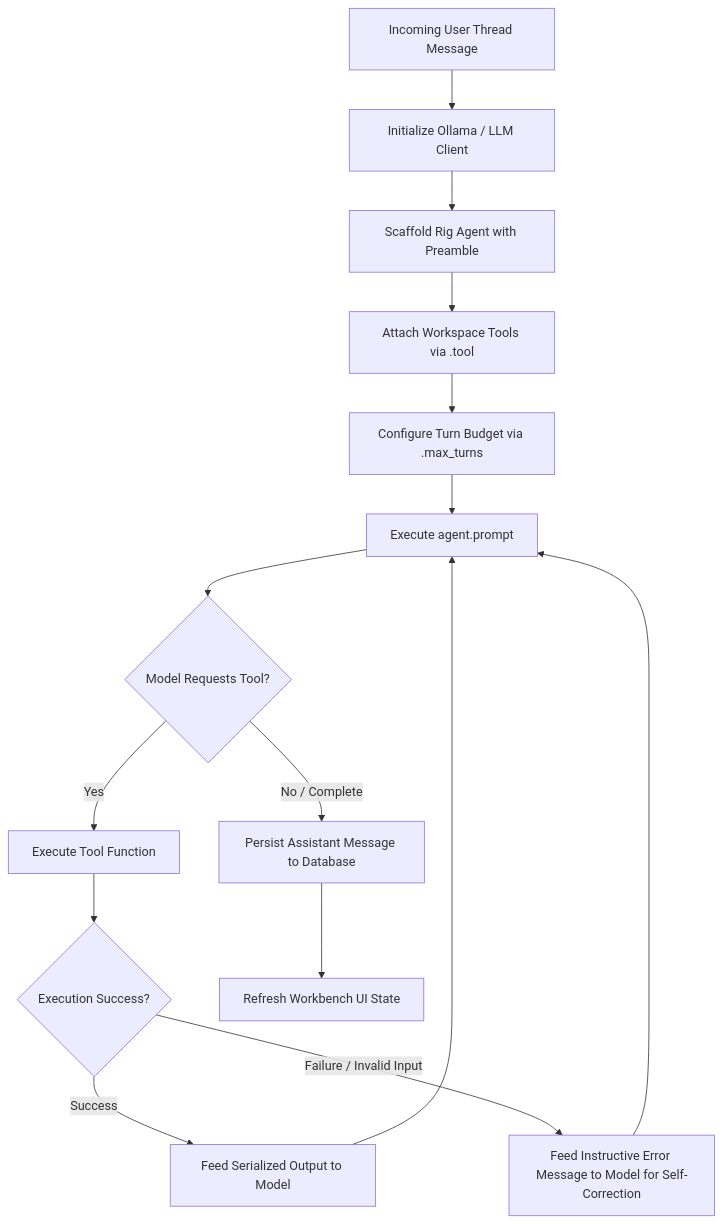
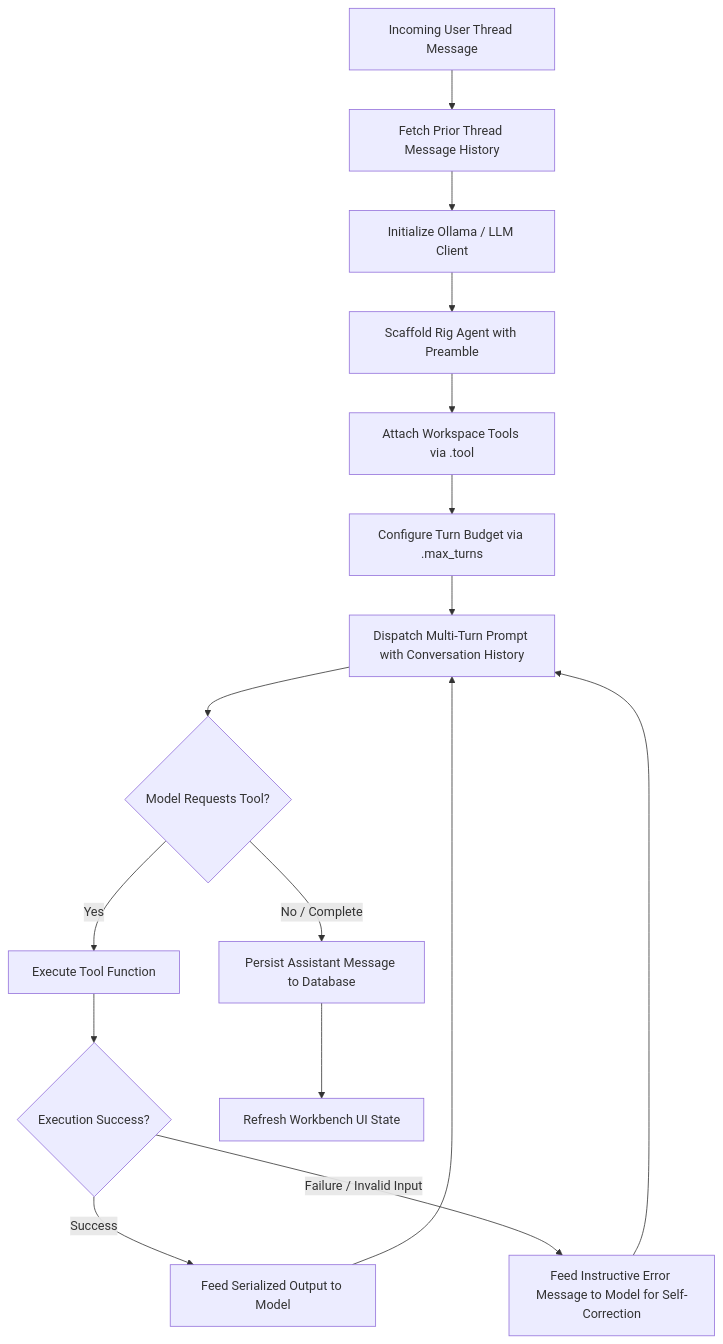
Before and after one commit to PolecatWorks/agent-as-data: the second of 2 diagrams in spec/prds/workspace-filesystem-tools-prd.md, drawn with Mermaid. The commit also changed other lines of this file and 6 other files, not shown here.

Commit message:
feat: workbench multi-turn conversational context retention and dynamic agent dispatch

````diff
--- a/spec/prds/workspace-filesystem-tools-prd.md
+++ b/spec/prds/workspace-filesystem-tools-prd.md
@@ -71,17 +75,18 @@
 ```mermaid
 flowchart TD
-    A[Incoming User Thread Message] --> B[Initialize Ollama / LLM Client]
-    B --> C[Scaffold Rig Agent with Preamble]
-    C --> D[Attach Workspace Tools via .tool]
-    D --> E[Configure Turn Budget via .max_turns]
-    E --> F[Execute agent.prompt]
-    F --> G{Model Requests Tool?}
-    G -->|Yes| H[Execute Tool Function]
-    H --> I{Execution Success?}
-    I -->|Success| J[Feed Serialized Output to Model]
-    I -->|Failure / Invalid Input| K[Feed Instructive Error Message to Model for Self-Correction]
-    J --> F
-    K --> F
-    G -->|No / Complete| L[Persist Assistant Message to Database]
-    L --> M[Refresh Workbench UI State]
+    A[Incoming User Thread Message] --> B[Fetch Prior Thread Message History]
+    B --> C[Initialize Ollama / LLM Client]
+    C --> D[Scaffold Rig Agent with Preamble]
+    D --> E[Attach Workspace Tools via .tool]
+    E --> F[Configure Turn Budget via .max_turns]
+    F --> G[Dispatch Multi-Turn Prompt with Conversation History]
+    G --> H{Model Requests Tool?}
+    H -->|Yes| I[Execute Tool Function]
+    I --> J{Execution Success?}
+    J -->|Success| K[Feed Serialized Output to Model]
+    J -->|Failure / Invalid Input| L[Feed Instructive Error Message to Model for Self-Correction]
+    K --> G
+    L --> G
+    H -->|No / Complete| M[Persist Assistant Message to Database]
+    M --> N[Refresh Workbench UI State]
 ```
````
